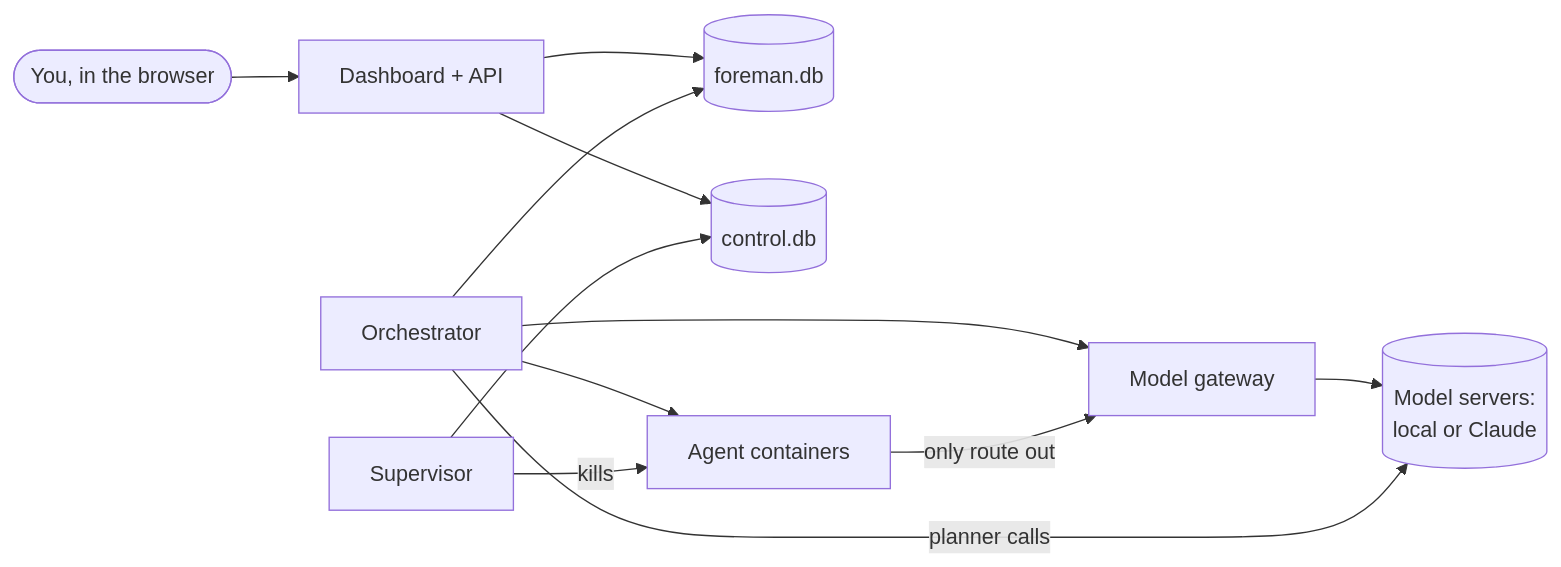
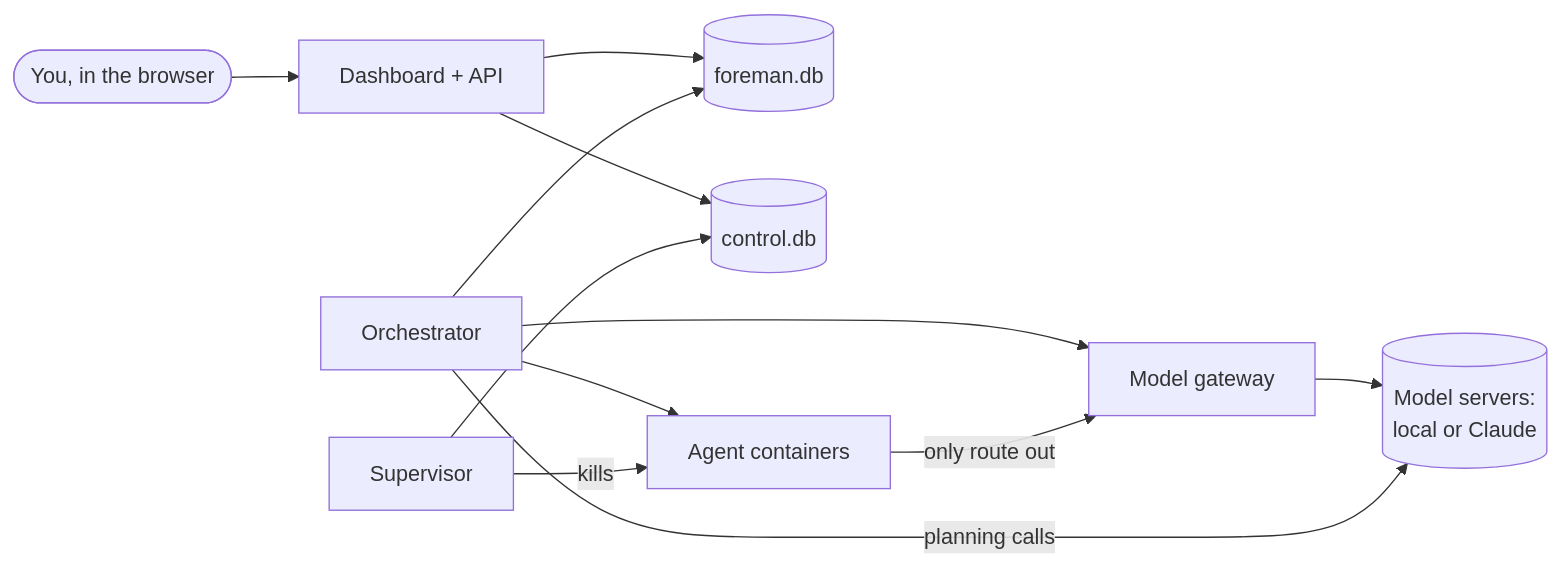
The first of 2 diagrams in ARCHITECTURE.md (hofftodd/ai-factory), drawn with Mermaid before and after one commit. The commit also changed other lines of this file and 31 other files, not shown here.

````diff
--- a/ARCHITECTURE.md
+++ b/ARCHITECTURE.md
@@ -23,14 +32,14 @@
 ```mermaid
 flowchart LR
     you([You, in the browser]) --> api[Dashboard + API]
     api --> db[(foreman.db)]
     api --> ctl[(control.db)]
     orch[Orchestrator] --> db
     orch --> gw[Model gateway]
     orch --> box[Agent containers]
     box -- only route out --> gw
     gw --> models[(Model servers:<br/>local or Claude)]
-    orch -- planner calls --> models
+    orch -- planning calls --> models
     sup[Supervisor] --> ctl
     sup -- kills --> box
 ```
````
